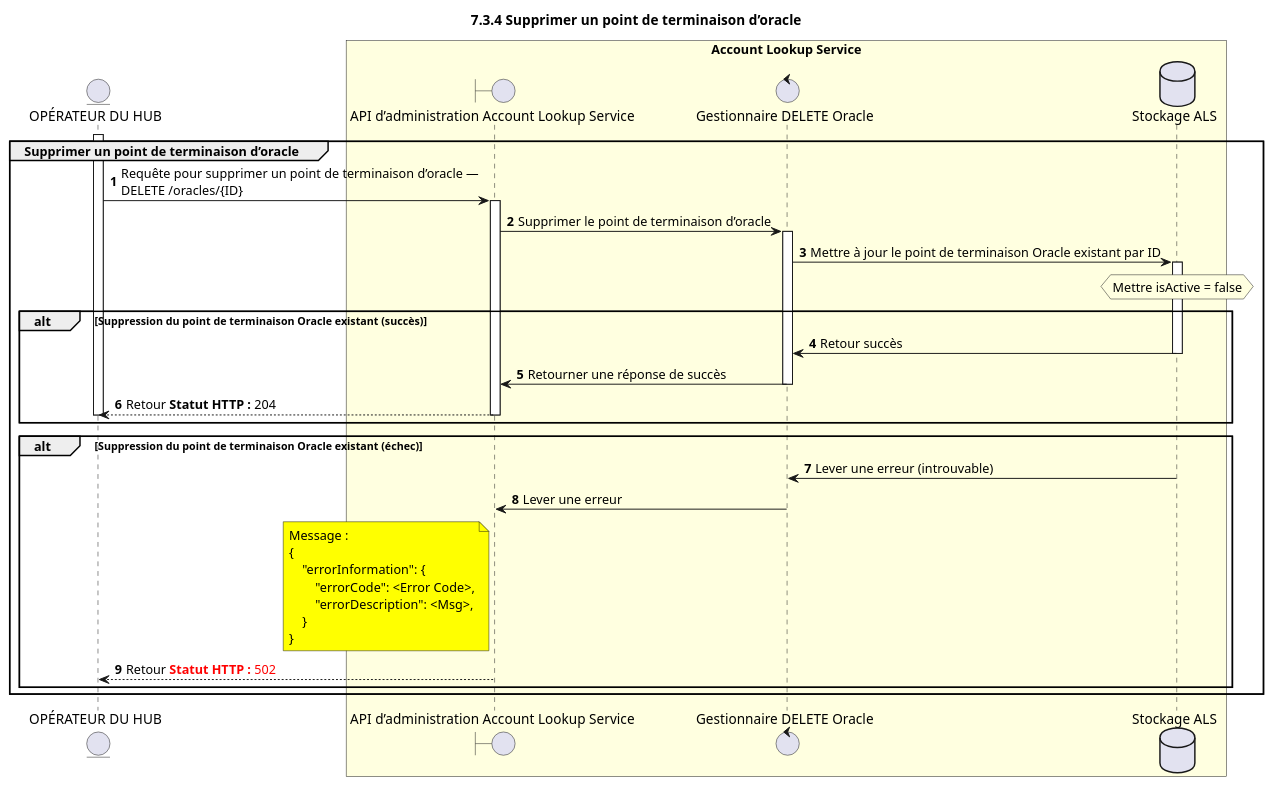
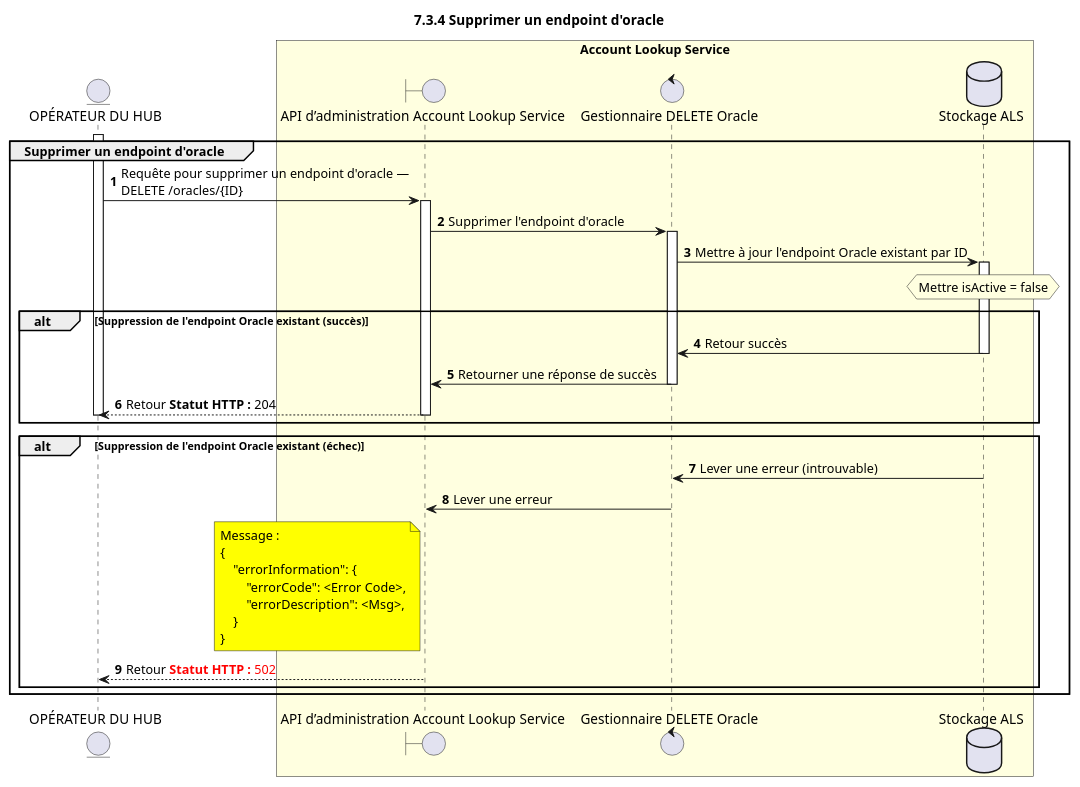
The diagram in docs/fr/technical/technical/account-lookup-service/assets/diagrams/sequence/seq-acct-lookup-admin-delete-oracle-7.3.4.puml (mojaloop/documentation), drawn with PlantUML before and after one commit. The commit also changed 51 other files, not shown here.

```diff
--- a/docs/fr/technical/technical/account-lookup-service/assets/diagrams/sequence/seq-acct-lookup-admin-delete-oracle-7.3.4.puml
+++ b/docs/fr/technical/technical/account-lookup-service/assets/diagrams/sequence/seq-acct-lookup-admin-delete-oracle-7.3.4.puml
@@ -26,67 +26,67 @@
 @startuml
 ' titre
-title 7.3.4 Supprimer un point de terminaison d’oracle
+title 7.3.4 Supprimer un endpoint d'oracle
 
 autonumber
 
 
 ' Clés des acteurs :
 ' boundary - API / interfaces, etc.
 ' control - Gestionnaire d’administration ALS
 ' database - persistance base de données
 
 ' acteurs
 entity "OPÉRATEUR DU HUB" as OPERATOR
 boundary "API d’administration Account Lookup Service" as ALSADM
 control "Gestionnaire DELETE Oracle" as ORC_HANDLER
 database "Stockage ALS" as DB
 
 box "Account Lookup Service" #LightYellow
 participant ALSADM
 participant ORC_HANDLER
 participant DB
 end box
 
 ' flux
 
 activate OPERATOR
-group Supprimer un point de terminaison d’oracle
-  OPERATOR -> ALSADM: Requête pour supprimer un point de terminaison d’oracle —\nDELETE /oracles/{ID}
+group Supprimer un endpoint d'oracle
+  OPERATOR -> ALSADM: Requête pour supprimer un endpoint d'oracle —\nDELETE /oracles/{ID}
   activate ALSADM
 
-  ALSADM -> ORC_HANDLER: Supprimer le point de terminaison d’oracle
+  ALSADM -> ORC_HANDLER: Supprimer l'endpoint d'oracle
 
   activate ORC_HANDLER
-  ORC_HANDLER -> DB: Mettre à jour le point de terminaison Oracle existant par ID
+  ORC_HANDLER -> DB: Mettre à jour l'endpoint Oracle existant par ID
   hnote over DB #lightyellow
       Mettre isActive = false
   end note
-  alt Suppression du point de terminaison Oracle existant (succès)
+  alt Suppression de l'endpoint Oracle existant (succès)
       activate DB
       DB -> ORC_HANDLER: Retour succès
       deactivate DB
 
       ORC_HANDLER -> ALSADM: Retourner une réponse de succès
       deactivate ORC_HANDLER
       ALSADM --> OPERATOR: Retour <color #000000><b>Statut HTTP :</b> 204</color>
 
       deactivate ALSADM
       deactivate OPERATOR
   end
-  alt Suppression du point de terminaison Oracle existant (échec)
+  alt Suppression de l'endpoint Oracle existant (échec)
     DB -> ORC_HANDLER: Lever une erreur (introuvable)
     ORC_HANDLER -> ALSADM: Lever une erreur
     note left of ALSADM #yellow
         Message :
         {
             "errorInformation": {
                 "errorCode": <Error Code>,
                 "errorDescription": <Msg>,
             }
         }
     end note
     ALSADM --> OPERATOR: Retour <color #FF0000><b>Statut HTTP :</b> 502</color>
   end
 end
 
 @enduml
```
